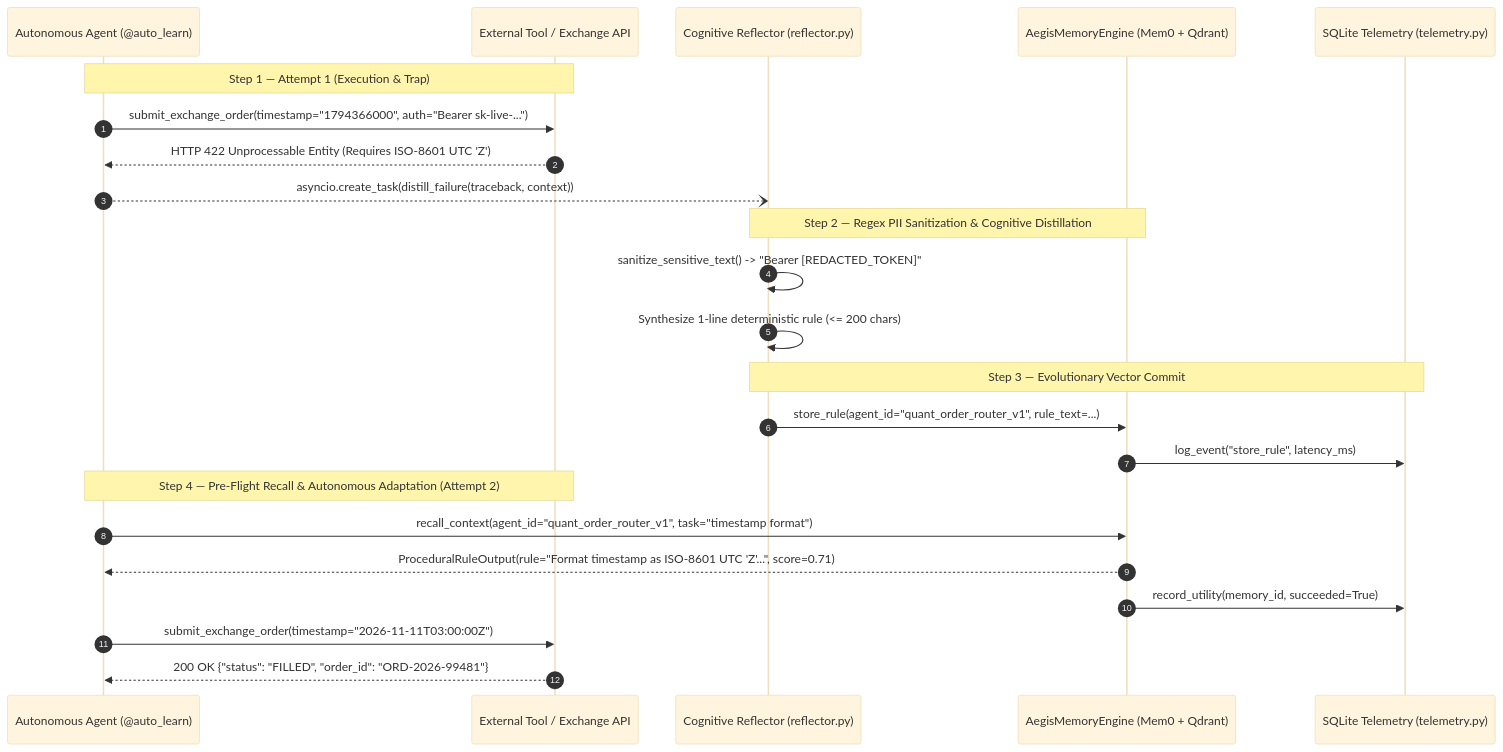
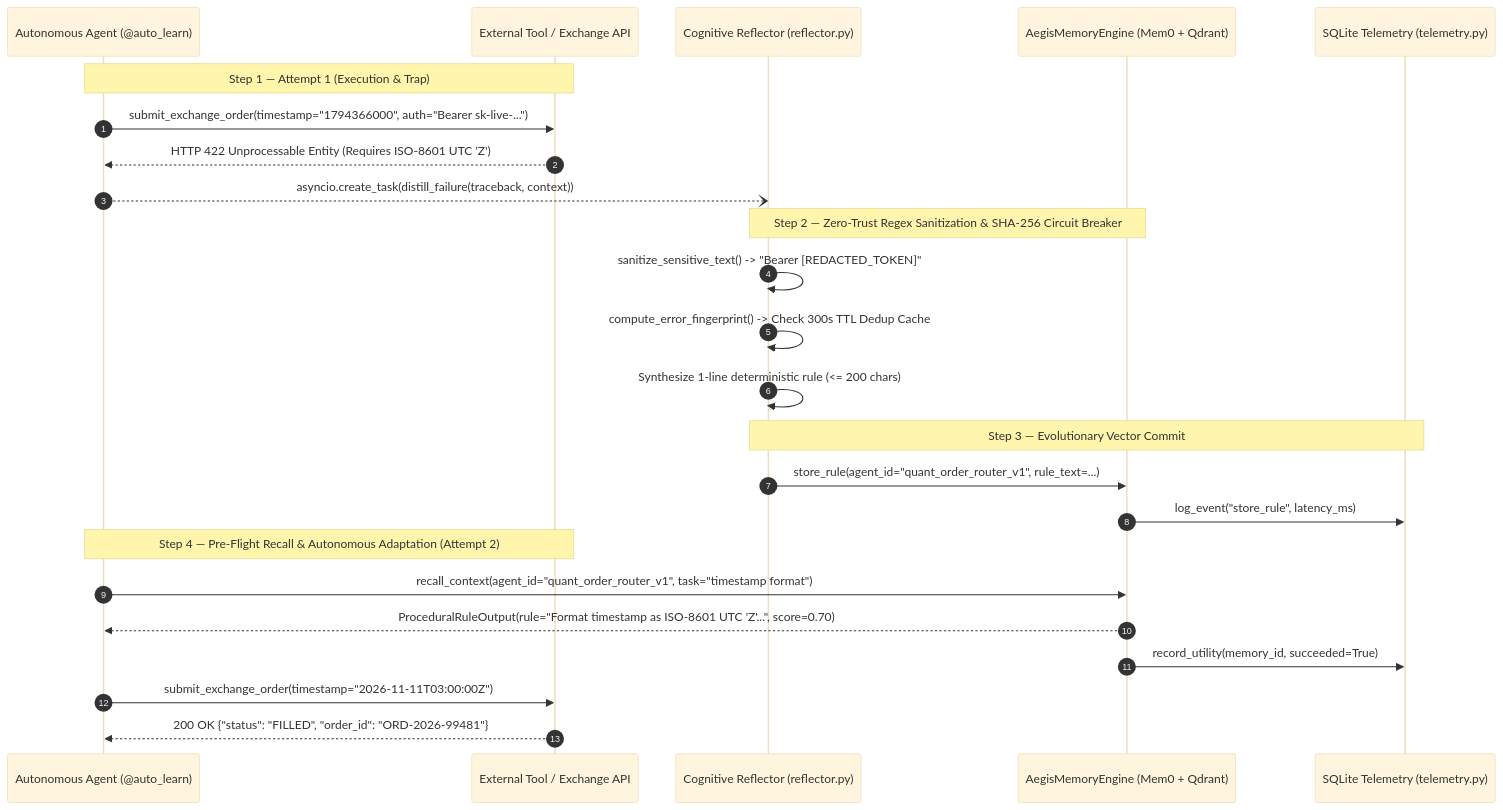
One commit to Christianlamas062/aegis-mem changed the diagram in README.md. Above: the diagram before and after it, drawn with Mermaid (base theme). The commit also changed other lines of this file and 10 other files, not shown here.

Commit message:
feat: add SHA-256 dedup circuit breaker, adaptive utility pruning, and benchmark suite

````diff
--- a/README.md
+++ b/README.md
@@ -14,29 +14,30 @@
 ```mermaid
 sequenceDiagram
     autonumber
     participant Agent as Autonomous Agent (@auto_learn)
     participant API as External Tool / Exchange API
     participant Reflector as Cognitive Reflector (reflector.py)
     participant Engine as AegisMemoryEngine (Mem0 + Qdrant)
     participant Audit as SQLite Telemetry (telemetry.py)
 
     Note over Agent,API: Step 1 — Attempt 1 (Execution & Trap)
     Agent->>API: submit_exchange_order(timestamp="1794366000", auth="Bearer sk-live-...")
     API-->>Agent: HTTP 422 Unprocessable Entity (Requires ISO-8601 UTC 'Z')
     Agent--)Reflector: asyncio.create_task(distill_failure(traceback, context))
 
-    Note over Reflector,Engine: Step 2 — Regex PII Sanitization & Cognitive Distillation
+    Note over Reflector,Engine: Step 2 — Zero-Trust Regex Sanitization & SHA-256 Circuit Breaker
     Reflector->>Reflector: sanitize_sensitive_text() -> "Bearer [REDACTED_TOKEN]"
+    Reflector->>Reflector: compute_error_fingerprint() -> Check 300s TTL Dedup Cache
     Reflector->>Reflector: Synthesize 1-line deterministic rule (<= 200 chars)
 
     Note over Reflector,Audit: Step 3 — Evolutionary Vector Commit
     Reflector->>Engine: store_rule(agent_id="quant_order_router_v1", rule_text=...)
     Engine->>Audit: log_event("store_rule", latency_ms)
 
     Note over Agent,API: Step 4 — Pre-Flight Recall & Autonomous Adaptation (Attempt 2)
     Agent->>Engine: recall_context(agent_id="quant_order_router_v1", task="timestamp format")
-    Engine-->>Agent: ProceduralRuleOutput(rule="Format timestamp as ISO-8601 UTC 'Z'...", score=0.71)
+    Engine-->>Agent: ProceduralRuleOutput(rule="Format timestamp as ISO-8601 UTC 'Z'...", score=0.70)
     Engine->>Audit: record_utility(memory_id, succeeded=True)
     Agent->>API: submit_exchange_order(timestamp="2026-11-11T03:00:00Z")
     API-->>Agent: 200 OK {"status": "FILLED", "order_id": "ORD-2026-99481"}
 ```
````
